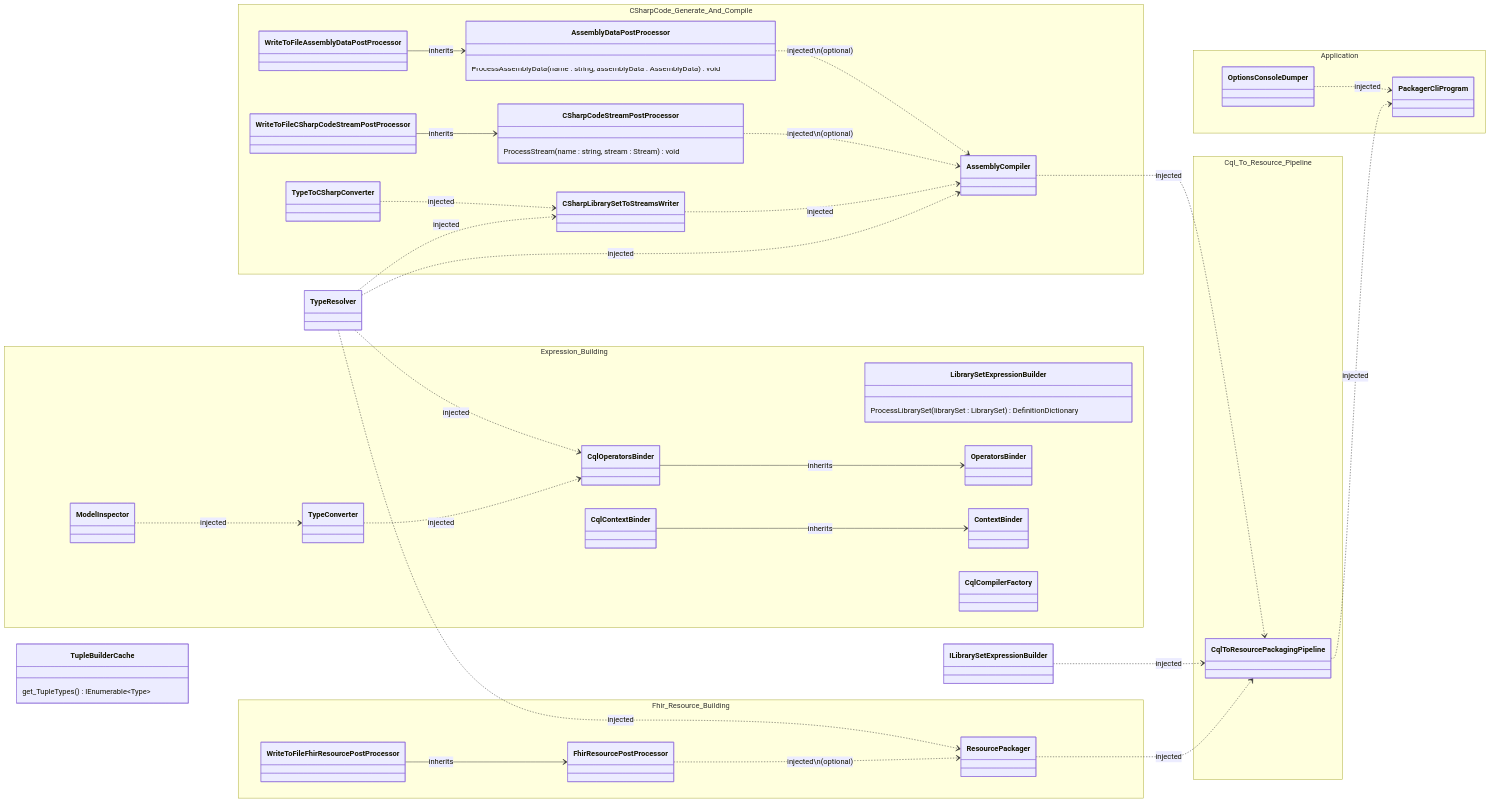
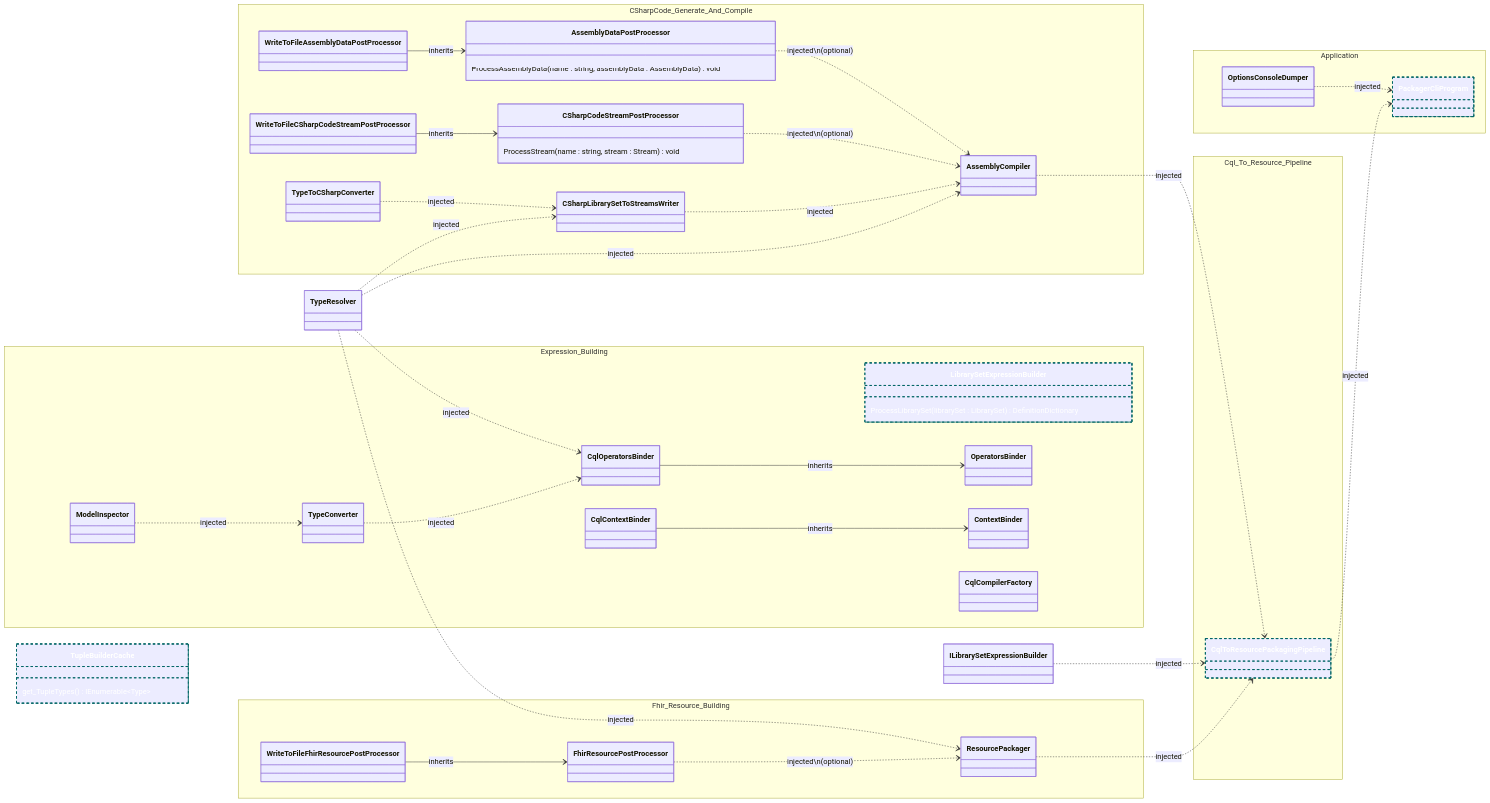
One commit to FirelyTeam/firely-cql-sdk changed the first of 2 diagrams in docs/packager-cli-dependency-graph.md. Above: the diagram before and after it, drawn with Mermaid. The commit also changed other lines of this file and 2 other files, not shown here.

Commit message:
Update scopes and diagram

```diff
--- a/docs/packager-cli-dependency-graph.md
+++ b/docs/packager-cli-dependency-graph.md
@@ -98,6 +102,14 @@
         }
 %%    }
 
+    %% Style Scoped services
+    style CqlToResourcePackagingPipeline stroke:#066,stroke-width:2px,color:#fff,stroke-dasharray: 5 5
+    style PackagerCliProgram stroke:#066,stroke-width:2px,color:#fff,stroke-dasharray: 5 5
+    style TupleBuilderCache stroke:#066,stroke-width:2px,color:#fff,stroke-dasharray: 5 5
+    style LibrarySetExpressionBuilder stroke:#066,stroke-width:2px,color:#fff,stroke-dasharray: 5 5
+    style LibraryExpressionBuilder stroke:#066,stroke-width:2px,color:#fff,stroke-dasharray: 5 5
+    style ExpressionBuilder stroke:#066,stroke-width:2px,color:#fff,stroke-dasharray: 5 5
+
     %% Inheritance  
 
     CqlOperatorsBinder --> OperatorsBinder : inherits
```
